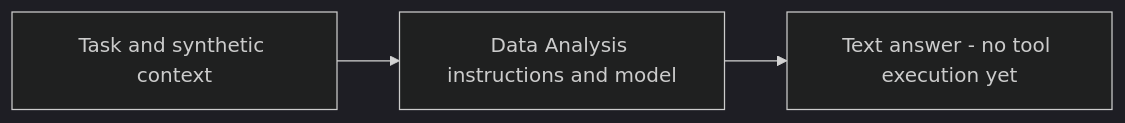
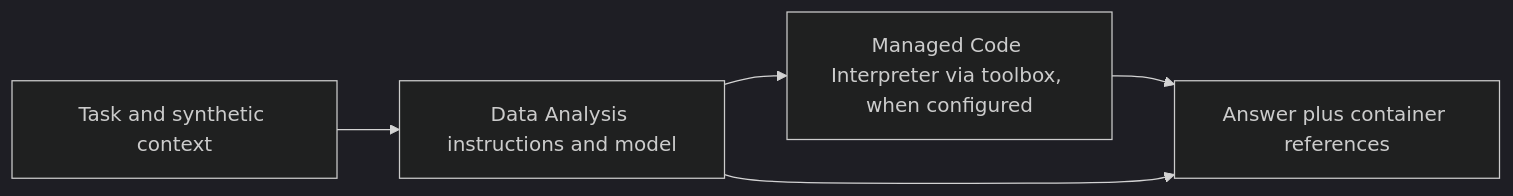
Before and after one commit to wxifaras/hosted-agents-poc: the fourth of 4 diagrams in README.md, drawn with Mermaid (dark theme). The commit also changed other lines of this file and 21 other files, not shown here.

````diff
--- a/README.md
+++ b/README.md
@@ -101,7 +144,9 @@
 ```mermaid
 flowchart LR
     accTitle: Data Analysis agent turn
-    accDescr: Data Analysis receives synthetic context, runs the shared model with its own instructions, and returns a text answer without executing analysis tools.
+    accDescr: Data Analysis receives a task, runs the shared model with its own instructions, optionally executes code in the managed Code Interpreter sandbox, and returns an answer with container references.
     Task["Task and synthetic context"] --> Analysis["Data Analysis instructions and model"]
-    Analysis --> Answer["Text answer - no tool execution yet"]
+    Analysis --> Sandbox["Managed Code Interpreter via toolbox, when configured"]
+    Sandbox --> Answer["Answer plus container references"]
+    Analysis --> Answer
 ```
````
